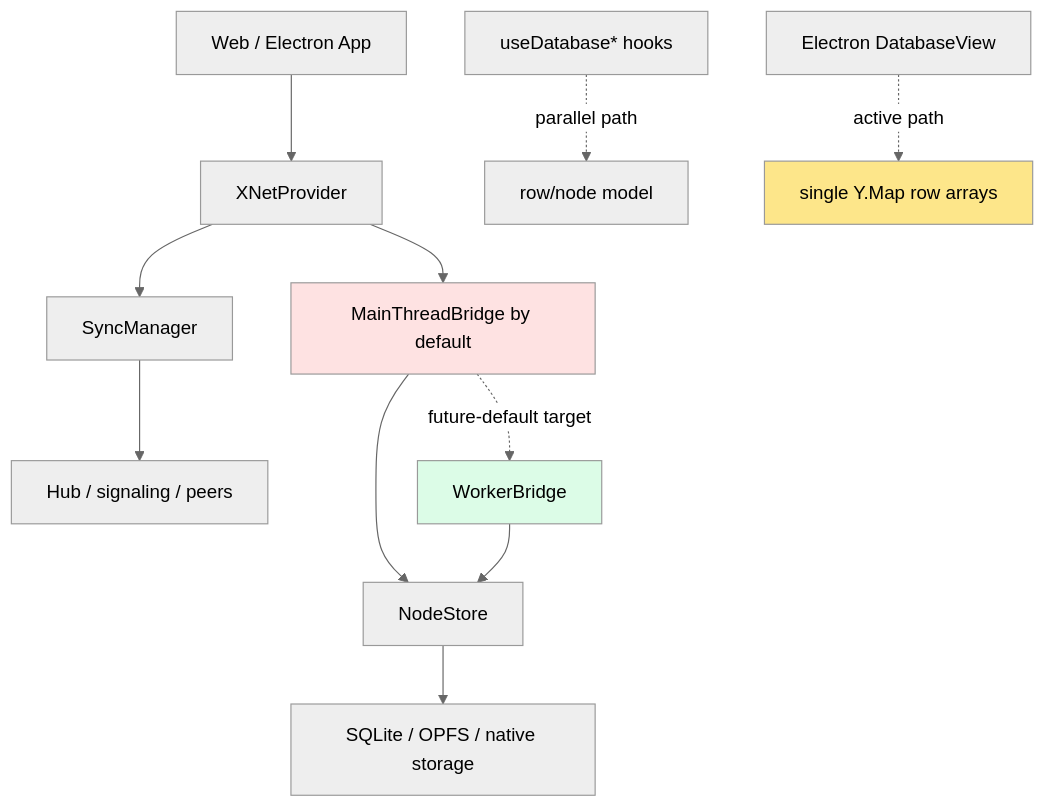
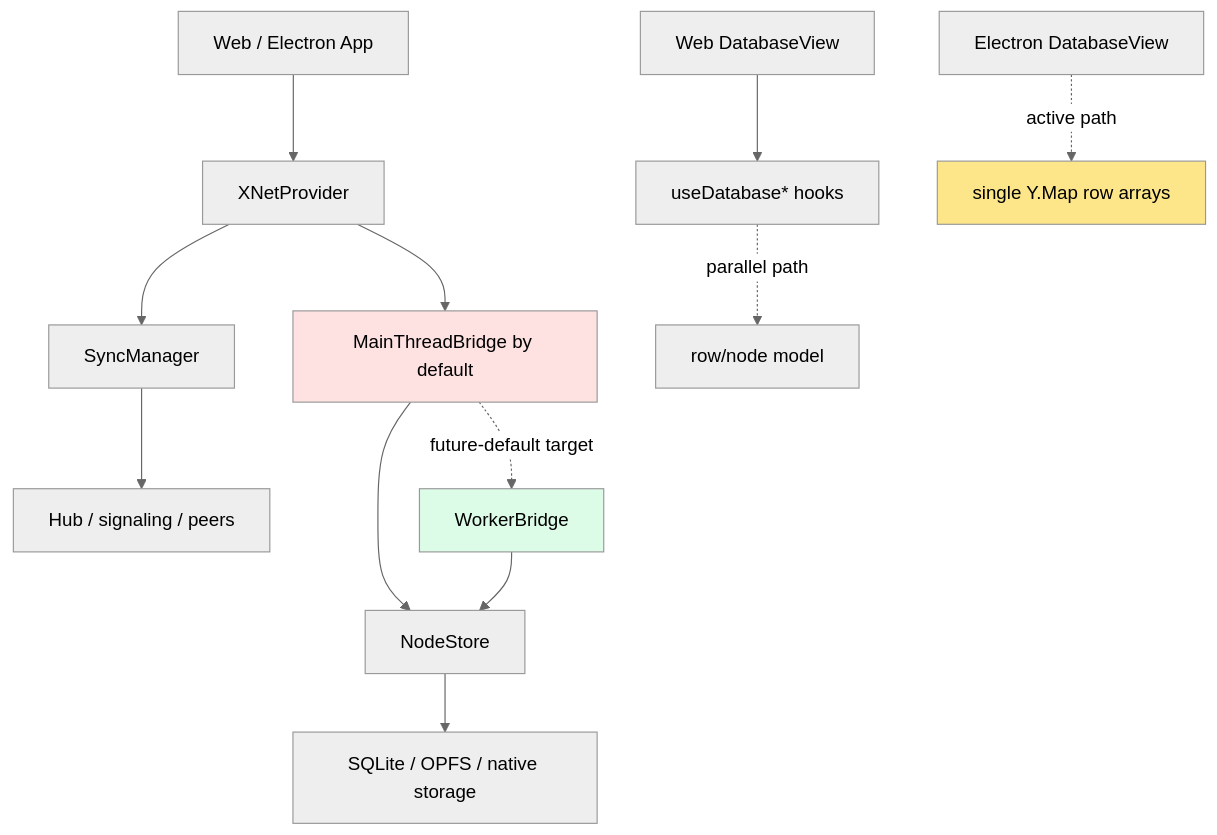
Before and after one commit to crs48/xNet: the first of 4 diagrams in docs/explorations/0105_[_]_WHAT_TO_WORK_ON_NEXT_AFTER_OPEN_SOURCE_LAUNCH.md, drawn with Mermaid (neutral theme). The commit also changed other lines of this file and 9 other files, not shown here.

First line of the commit message:
feat(database): converge web database hooks

````diff
--- a/docs/explorations/0105_[_]_WHAT_TO_WORK_ON_NEXT_AFTER_OPEN_SOURCE_LAUNCH.md
+++ b/docs/explorations/0105_[_]_WHAT_TO_WORK_ON_NEXT_AFTER_OPEN_SOURCE_LAUNCH.md
@@ -203,19 +205,20 @@
 ```mermaid
 flowchart TD
   App["Web / Electron App"] --> Provider["XNetProvider"]
   Provider --> Bridge["MainThreadBridge by default"]
   Provider --> Sync["SyncManager"]
   Bridge --> Store["NodeStore"]
   Store --> Storage["SQLite / OPFS / native storage"]
   Sync --> Hub["Hub / signaling / peers"]
 
   Bridge -. "future-default target" .-> Worker["WorkerBridge"]
   Worker --> Store
 
   DBHooks["useDatabase* hooks"] -. "parallel path" .-> DBModelA["row/node model"]
+  WebDB["Web DatabaseView"] --> DBHooks
   ElectronDB["Electron DatabaseView"] -. "active path" .-> DBModelB["single Y.Map row arrays"]
 
   style Bridge fill:#fee2e2
   style Worker fill:#dcfce7
   style DBModelB fill:#fde68a
 ```
````
